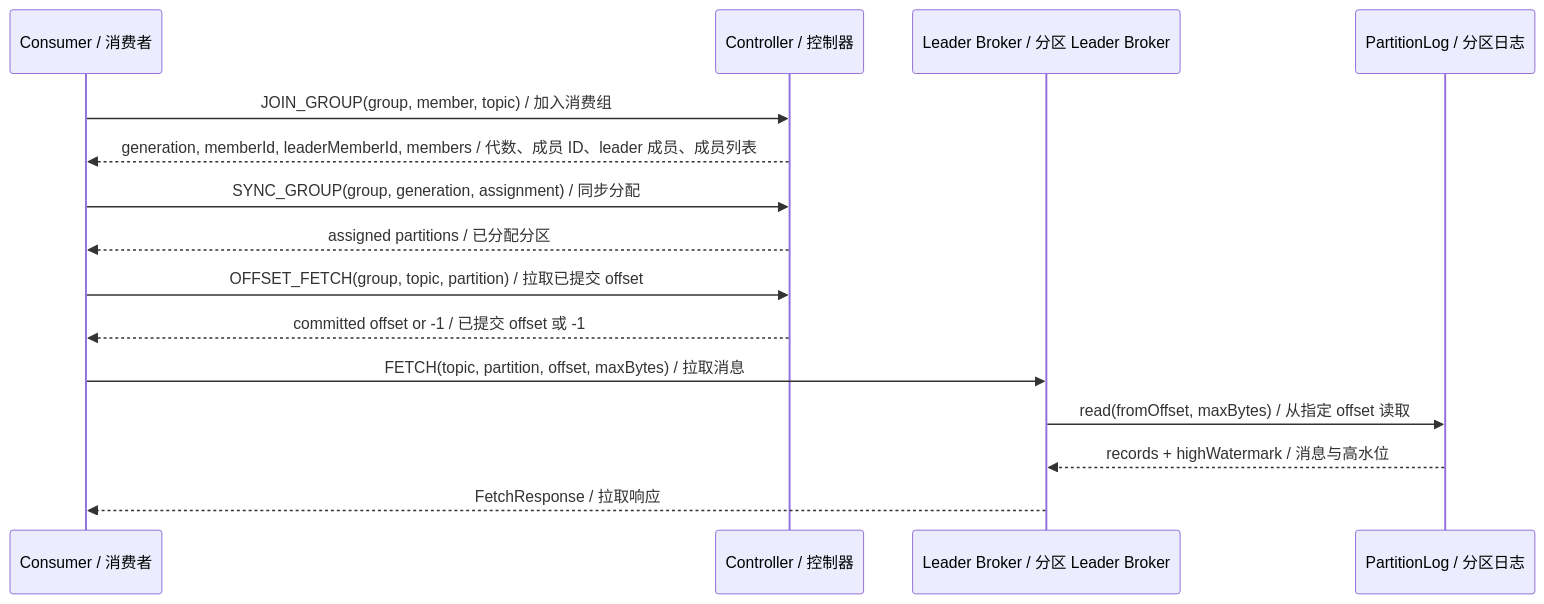
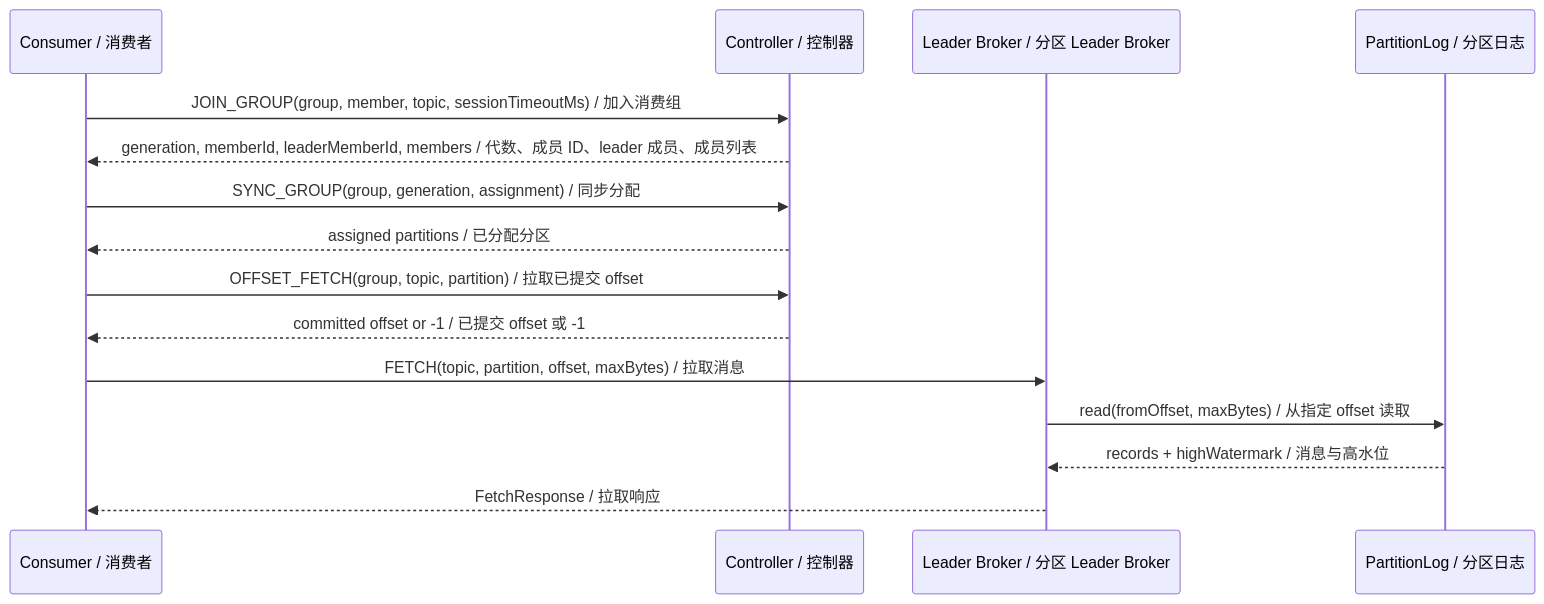
One commit to wxw121/miniMQ changed the fourth of 5 diagrams in docs/architecture.md. Above: the diagram before and after it, drawn with Mermaid. The commit also changed other lines of this file and 30 other files, not shown here.

````diff
--- a/docs/architecture.md
+++ b/docs/architecture.md
@@ -124,18 +124,18 @@
 ```mermaid
 sequenceDiagram
     participant C as Consumer / 消费者
     participant Ctrl as Controller / 控制器
     participant L as Leader Broker / 分区 Leader Broker
     participant Log as PartitionLog / 分区日志
 
-    C->>Ctrl: JOIN_GROUP(group, member, topic) / 加入消费组
+    C->>Ctrl: JOIN_GROUP(group, member, topic, sessionTimeoutMs) / 加入消费组
     Ctrl-->>C: generation, memberId, leaderMemberId, members / 代数、成员 ID、leader 成员、成员列表
     C->>Ctrl: SYNC_GROUP(group, generation, assignment) / 同步分配
     Ctrl-->>C: assigned partitions / 已分配分区
     C->>Ctrl: OFFSET_FETCH(group, topic, partition) / 拉取已提交 offset
     Ctrl-->>C: committed offset or -1 / 已提交 offset 或 -1
     C->>L: FETCH(topic, partition, offset, maxBytes) / 拉取消息
     L->>Log: read(fromOffset, maxBytes) / 从指定 offset 读取
     Log-->>L: records + highWatermark / 消息与高水位
     L-->>C: FetchResponse / 拉取响应
 ```
````
